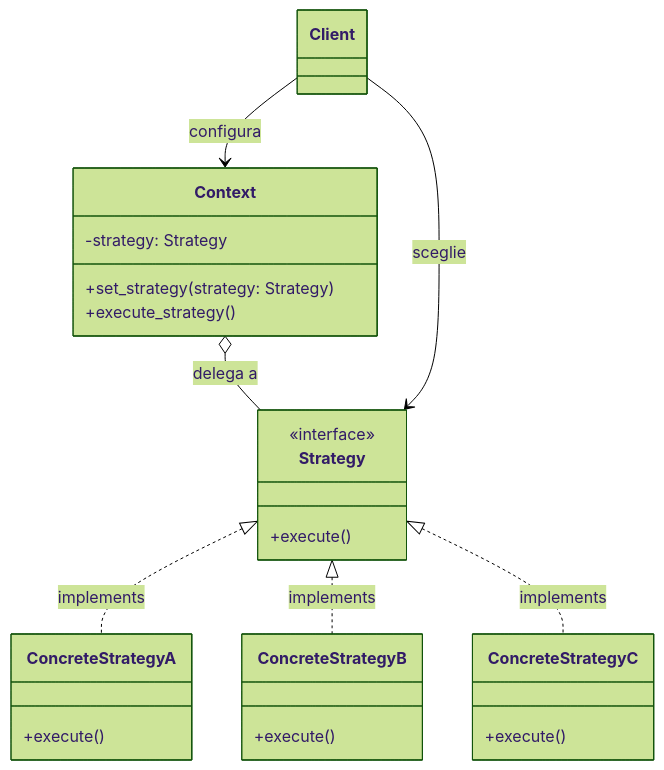
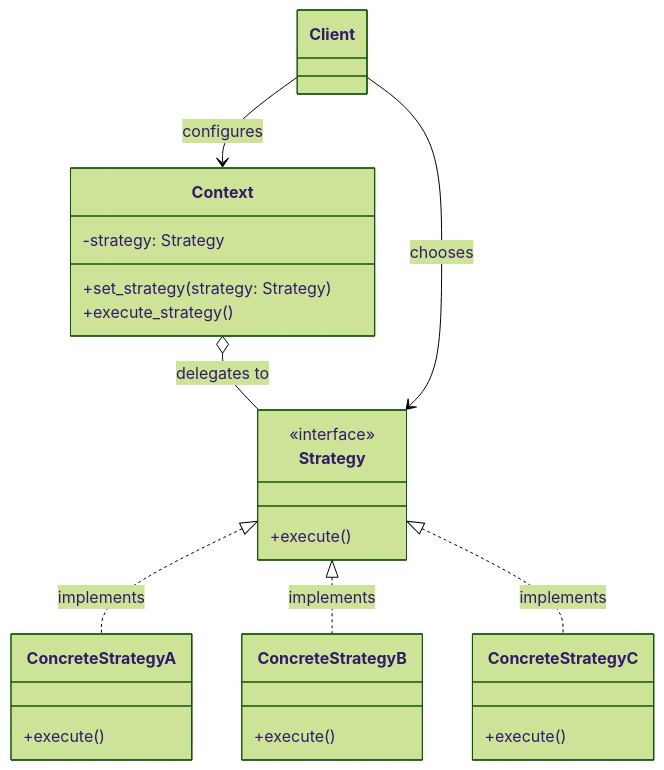
The first of 3 diagrams in 03_behavioral/strategy/README.md (lucadileo9/design-pattern), drawn with Mermaid (forest theme) before and after one commit. The commit also changed other lines of this file and 43 other files, not shown here.

````diff
--- a/03_behavioral/strategy/README.md
+++ b/03_behavioral/strategy/README.md
@@ -28,29 +28,29 @@
 ```mermaid
 classDiagram
     class Strategy {
         <<interface>>
         +execute()
     }
     class ConcreteStrategyA {
         +execute()
     }
     class ConcreteStrategyB {
         +execute()
     }
     class ConcreteStrategyC {
         +execute()
     }
     class Context {
         -strategy: Strategy
         +set_strategy(strategy: Strategy)
         +execute_strategy()
     }
     class Client
 
     Strategy <|.. ConcreteStrategyA : implements
     Strategy <|.. ConcreteStrategyB : implements
     Strategy <|.. ConcreteStrategyC : implements
-    Context o-- Strategy : delega a
-    Client --> Context : configura
-    Client --> Strategy : sceglie
+    Context o-- Strategy : delegates to
+    Client --> Context : configures
+    Client --> Strategy : chooses
 ```
````
